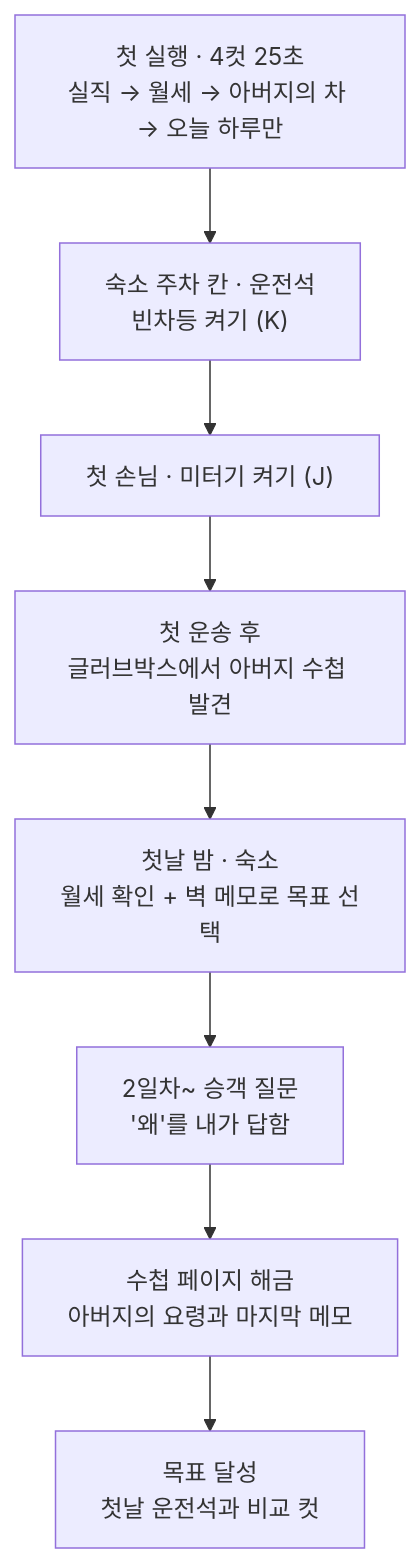
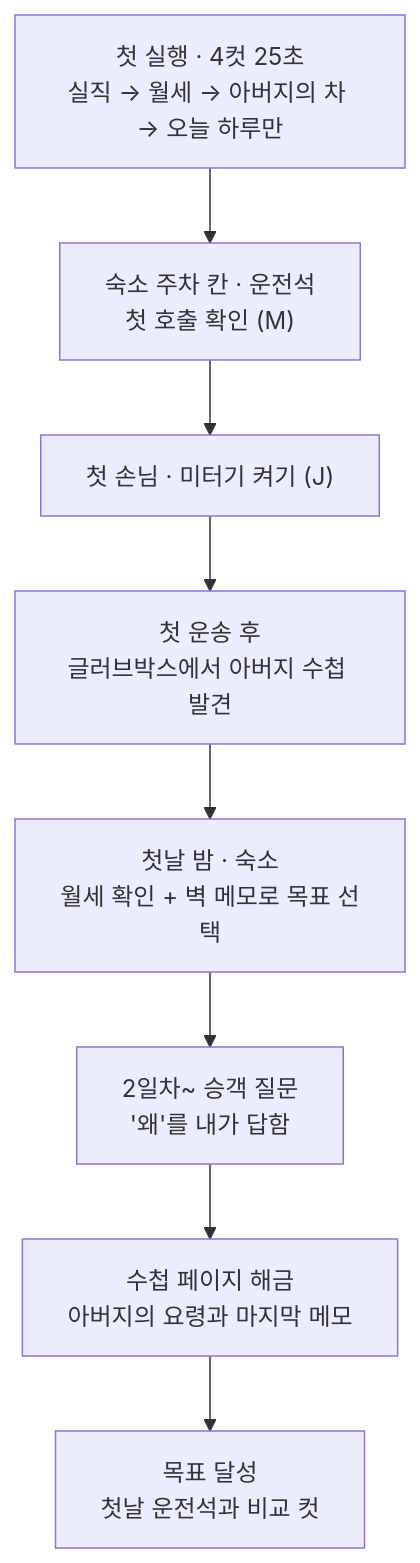
Before and after one commit to herothgf-cell/project-b: the diagram in docs/content-design/33-backstory-presentation.md, drawn with Mermaid. The commit also changed other lines of this file and 20 other files, not shown here.

````diff
--- a/docs/content-design/33-backstory-presentation.md
+++ b/docs/content-design/33-backstory-presentation.md
@@ -27,10 +27,10 @@
 ```mermaid
 flowchart TD
-  A["첫 실행 · 4컷 25초<br/>실직 → 월세 → 아버지의 차 → 오늘 하루만"] --> B["숙소 주차 칸 · 운전석<br/>빈차등 켜기 (K)"]
+  A["첫 실행 · 4컷 25초<br/>실직 → 월세 → 아버지의 차 → 오늘 하루만"] --> B["숙소 주차 칸 · 운전석<br/>첫 호출 확인 (M)"]
   B --> C["첫 손님 · 미터기 켜기 (J)"]
   C --> D["첫 운송 후<br/>글러브박스에서 아버지 수첩 발견"]
   D --> E["첫날 밤 · 숙소<br/>월세 확인 + 벽 메모로 목표 선택"]
   E --> F["2일차~ 승객 질문<br/>'왜'를 내가 답함"]
   F --> G["수첩 페이지 해금<br/>아버지의 요령과 마지막 메모"]
   G --> H["목표 달성<br/>첫날 운전석과 비교 컷"]
 ```
````
